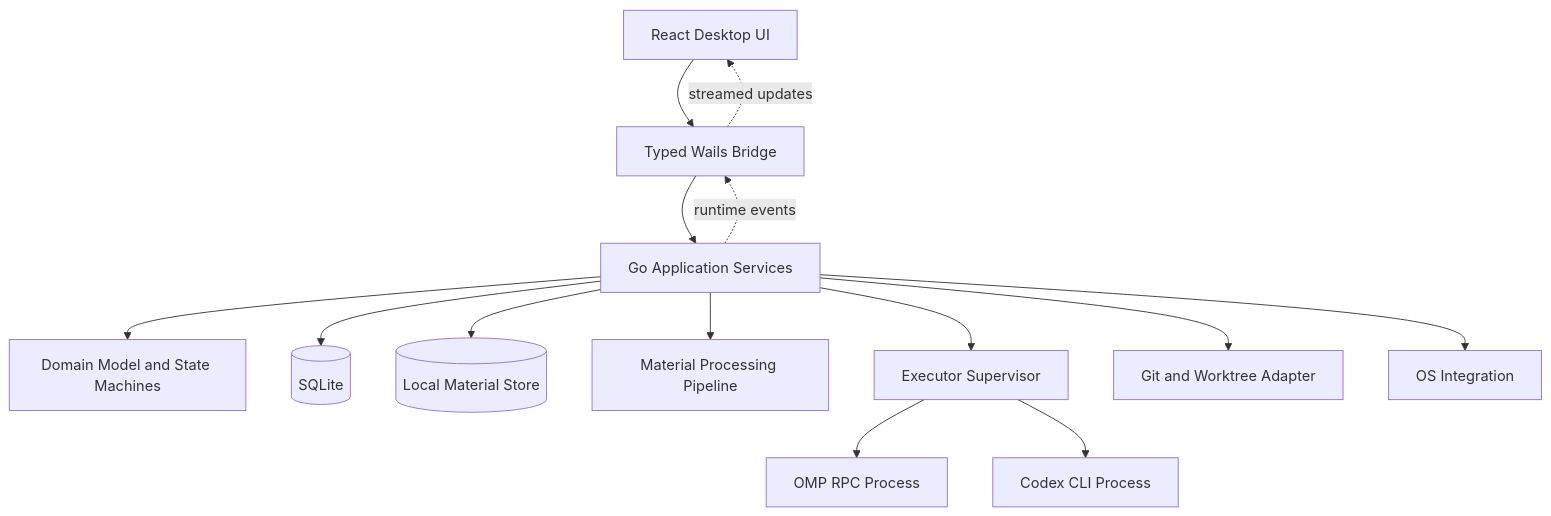
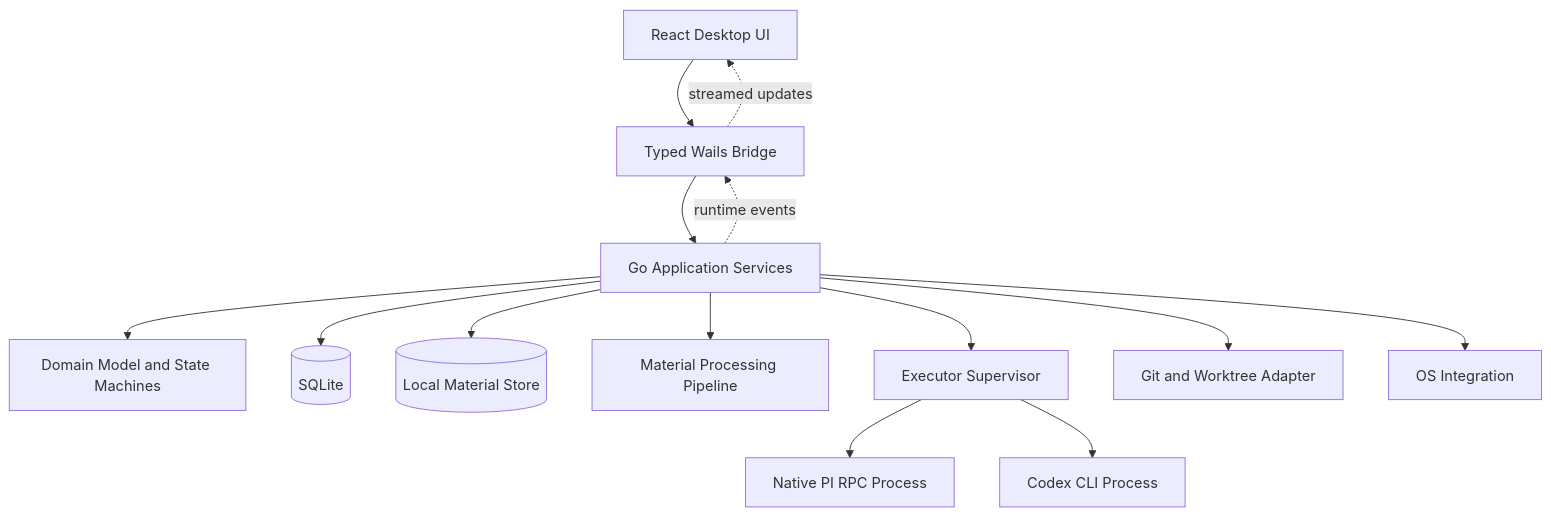
One commit to blue7zz/BTaskAssistant changed the first of 3 diagrams in docs/SOFTWARE_ARCHITECTURE.md. Above: the diagram before and after it, drawn with Mermaid. The commit also changed other lines of this file and 18 other files, not shown here.

````diff
--- a/docs/SOFTWARE_ARCHITECTURE.md
+++ b/docs/SOFTWARE_ARCHITECTURE.md
@@ -110,29 +112,29 @@
 ```mermaid
 flowchart TB
     UI[React Desktop UI]
     BRIDGE[Typed Wails Bridge]
     APP[Go Application Services]
     DOMAIN[Domain Model and State Machines]
     DB[(SQLite)]
     FILES[(Local Material Store)]
     PARSER[Material Processing Pipeline]
     EXEC[Executor Supervisor]
-    PI[OMP RPC Process]
+    PI[Native PI RPC Process]
     CODEX[Codex CLI Process]
     GIT[Git and Worktree Adapter]
     OS[OS Integration]
 
     UI --> BRIDGE
     BRIDGE --> APP
     APP --> DOMAIN
     APP --> DB
     APP --> FILES
     APP --> PARSER
     APP --> EXEC
     APP --> GIT
     APP --> OS
     EXEC --> PI
     EXEC --> CODEX
     APP -. runtime events .-> BRIDGE
     BRIDGE -. streamed updates .-> UI
 ```
````
